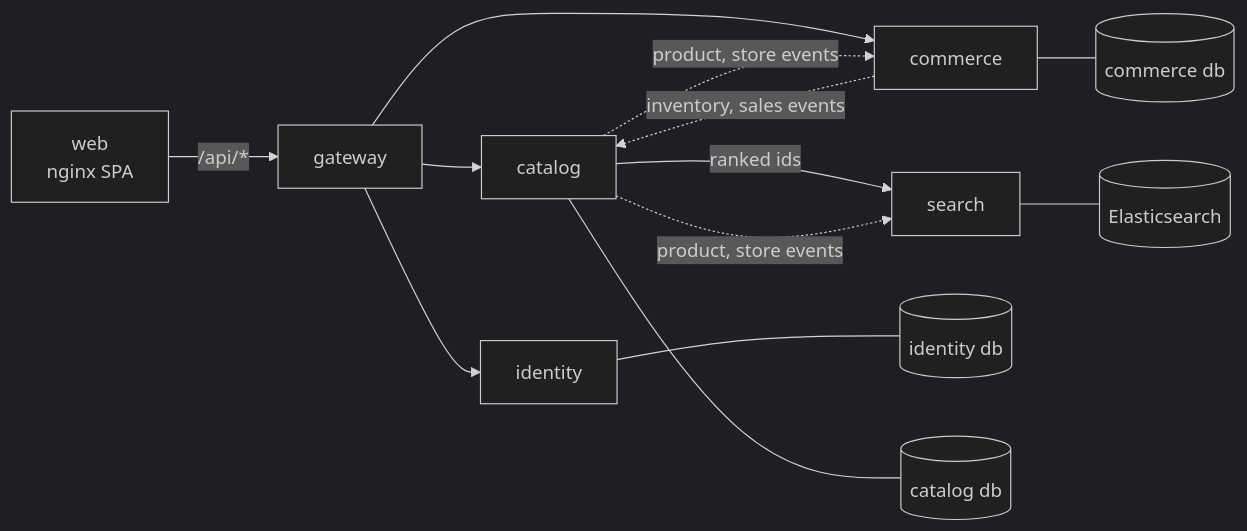
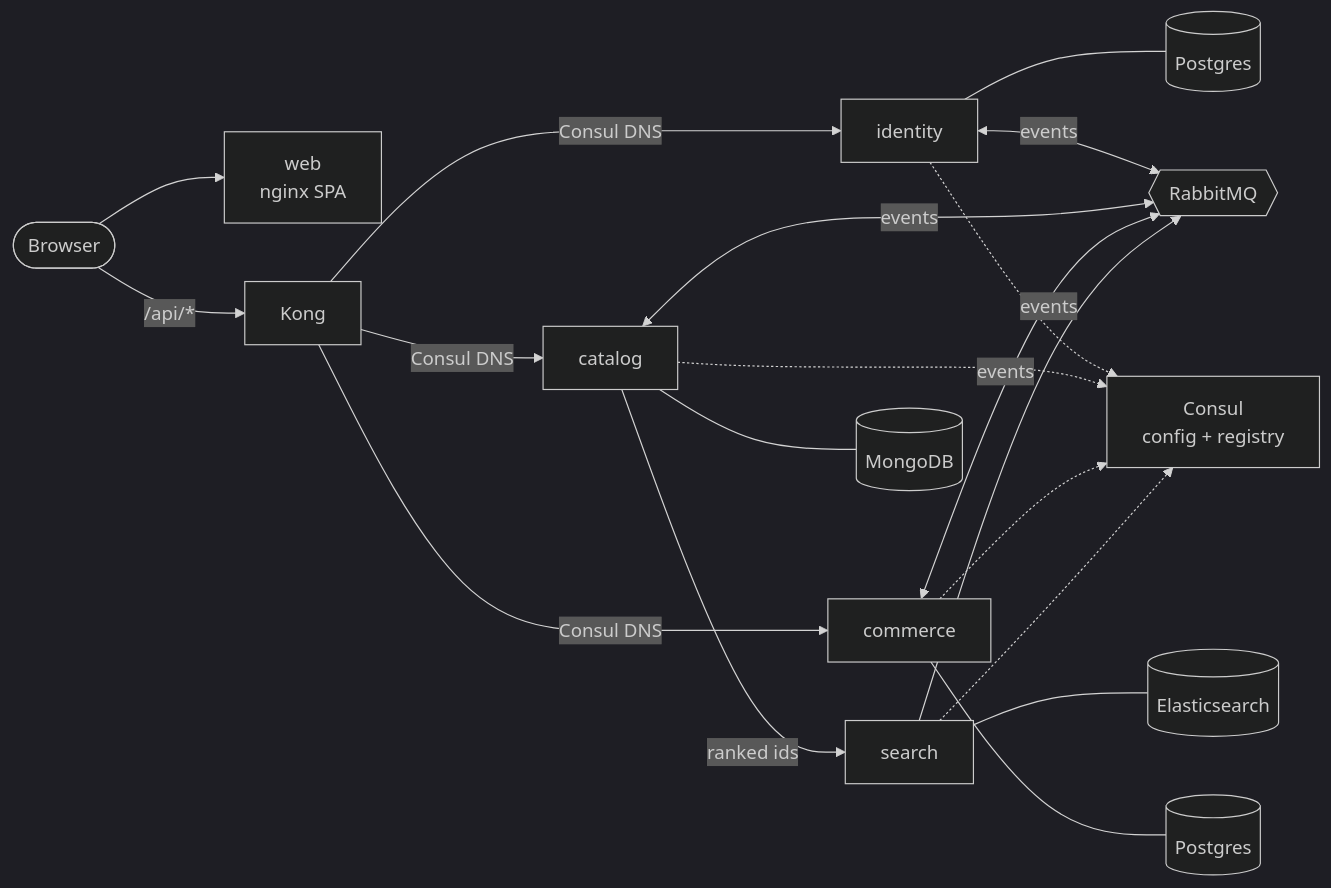
Before and after one commit to sayyidrafeed/Seapedia: the diagram in README.md, drawn with Mermaid (dark theme). The commit also changed other lines of this file and 26 other files, not shown here.

Commit message:
docs: describe kong, rabbitmq choreography, polyglot stores and consul

````diff
--- a/README.md
+++ b/README.md
@@ -33,15 +34,14 @@
 ```mermaid
 flowchart LR
-  web[web<br/>nginx SPA] -->|/api/*| gw[gateway]
-  gw --> id[identity]
-  gw --> cat[catalog]
-  gw --> com[commerce]
+  user([Browser]) --> web[web<br/>nginx SPA]
+  user -->|/api/*| kong[Kong]
+  kong -->|Consul DNS| id[identity] & cat[catalog] & com[commerce]
   cat -->|ranked ids| se[search]
-  id --- idb[(identity db)]
-  cat --- cdb[(catalog db)]
-  com --- mdb[(commerce db)]
+  id --- idb[(Postgres)]
+  cat --- cdb[(MongoDB)]
+  com --- mdb[(Postgres)]
   se --- es[(Elasticsearch)]
-  cat -. product, store events .-> com
-  cat -. product, store events .-> se
-  com -. inventory, sales events .-> cat
+  id & cat & com <-->|events| mq{{RabbitMQ}}
+  se -->|events| mq
+  id & cat & com & se -.-> consul[Consul<br/>config + registry]
 ```
````
